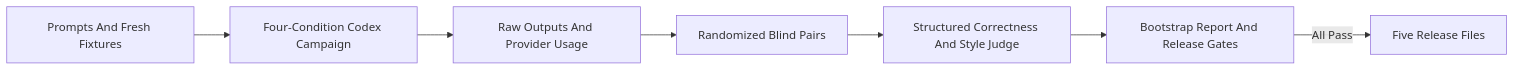
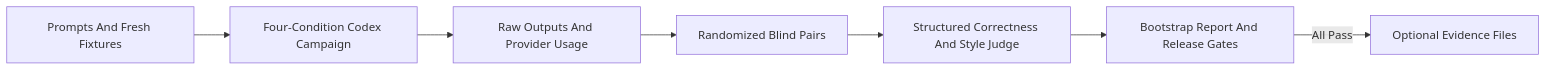
The diagram in docs/benchmarks.md (airscripts/toen), drawn with Mermaid before and after one commit. The commit also changed other lines of this file and 13 other files, not shown here.

Commit message:
ci: make benchmarks optional for release

````diff
--- a/docs/benchmarks.md
+++ b/docs/benchmarks.md
@@ -44,9 +45,9 @@
 ```mermaid
 flowchart LR
     prompts[Prompts And Fresh Fixtures] --> run[Four-Condition Codex Campaign]
     run --> raw[Raw Outputs And Provider Usage]
     raw --> blind[Randomized Blind Pairs]
     blind --> judge[Structured Correctness And Style Judge]
     judge --> report[Bootstrap Report And Release Gates]
-    report -->|All Pass| package[Five Release Files]
+    report -->|All Pass| package[Optional Evidence Files]
 ```
````
